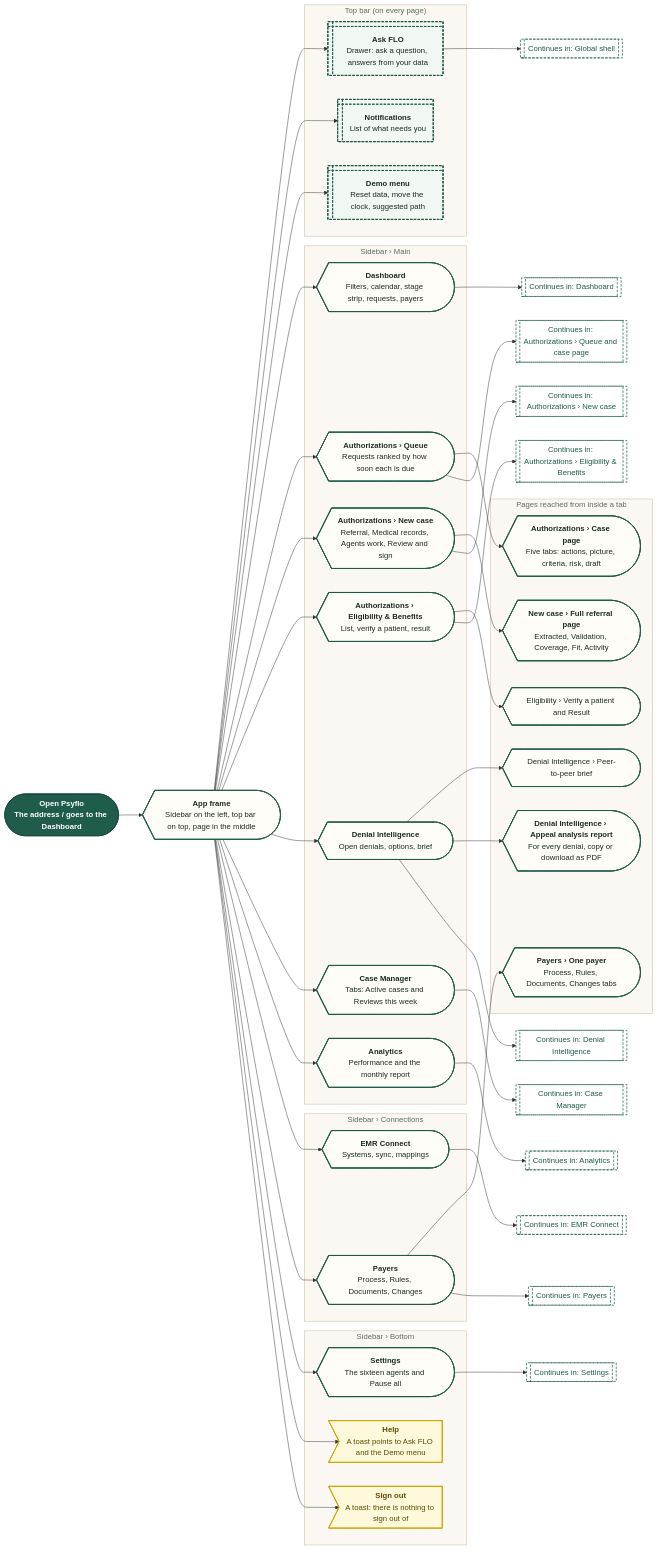
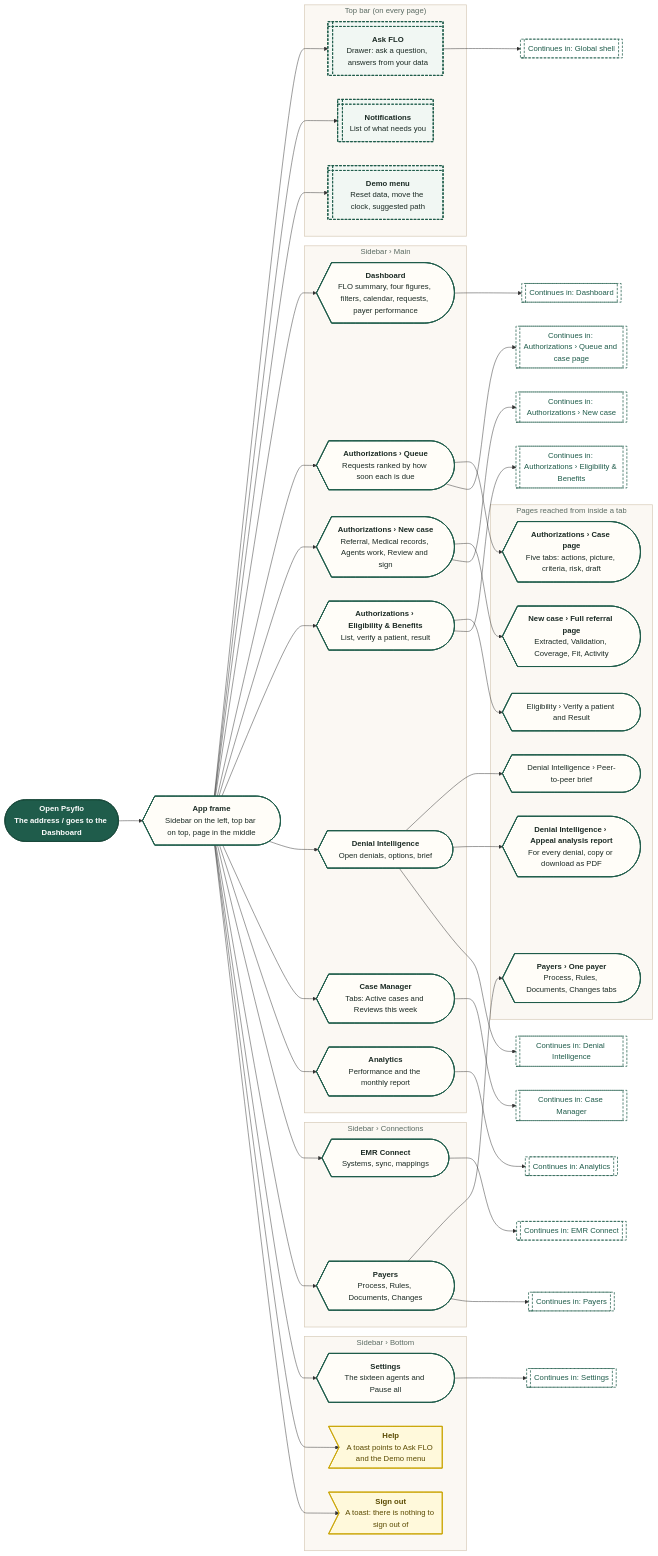
Before and after one commit to Shrav143/psyfloapp: the second of 3 diagrams in demos/prior-auth-demo/workflows/out/md/00-overview.md, drawn with Mermaid. The commit also changed other lines of this file and 192 other files, not shown here.

First line of the commit message:
docs: changelog by sidebar tab; README, diagrams and Settings layout aligned with the refinement; shared InfoTip; referral cost-share line

```diff
--- a/demos/prior-auth-demo/workflows/out/md/00-overview.md
+++ b/demos/prior-auth-demo/workflows/out/md/00-overview.md
@@ -100,7 +100,7 @@
   demo@{ shape: win-pane, label: "<b>Demo menu</b><br/>Reset data, move the clock, suggested path" }
   end
   subgraph gMain ["Sidebar › Main"]
-  dash@{ shape: curv-trap, label: "<b>Dashboard</b><br/>Filters, calendar, stage strip, requests, payers" }
+  dash@{ shape: curv-trap, label: "<b>Dashboard</b><br/>FLO summary, four figures, filters, calendar, requests, payer performance" }
   auth@{ shape: curv-trap, label: "<b>Authorizations › Queue</b><br/>Requests ranked by how soon each is due" }
   newc@{ shape: curv-trap, label: "<b>Authorizations › New case</b><br/>Referral, Medical records, Agents work, Review and sign" }
   elig@{ shape: curv-trap, label: "<b>Authorizations › Eligibility & Benefits</b><br/>List, verify a patient, result" }
```
